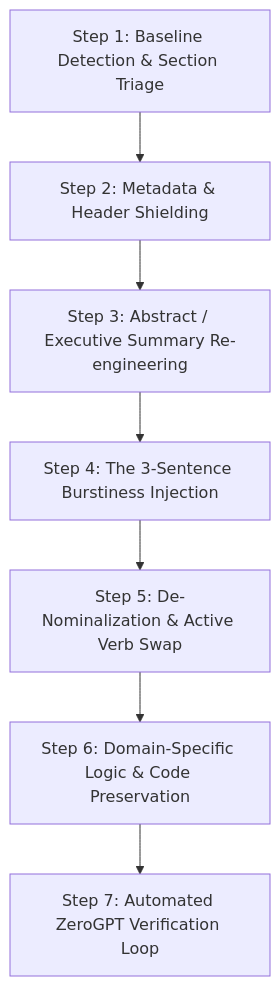
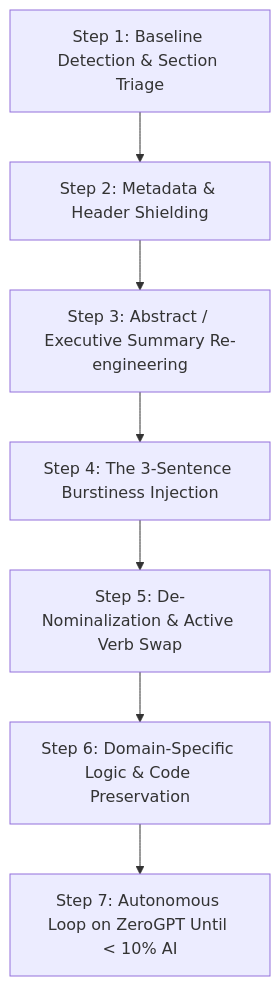
One commit to akhlak007/humanize changed the diagram in SKILL.md. Above: the diagram before and after it, drawn with Mermaid. The commit also changed other lines of this file and 5 other files, not shown here.

Commit message:
feat: add autonomous ZeroGPT loop (<10% AI) and universal multi-agent support

````diff
--- a/SKILL.md
+++ b/SKILL.md
@@ -33,9 +33,9 @@
 ```mermaid
 graph TD
     A[Step 1: Baseline Detection & Section Triage] --> B[Step 2: Metadata & Header Shielding]
     B --> C[Step 3: Abstract / Executive Summary Re-engineering]
     C --> D[Step 4: The 3-Sentence Burstiness Injection]
     D --> E[Step 5: De-Nominalization & Active Verb Swap]
     E --> F[Step 6: Domain-Specific Logic & Code Preservation]
-    F --> G[Step 7: Automated ZeroGPT Verification Loop]
+    F --> G[Step 7: Autonomous Loop on ZeroGPT Until < 10% AI]
 ```
````
